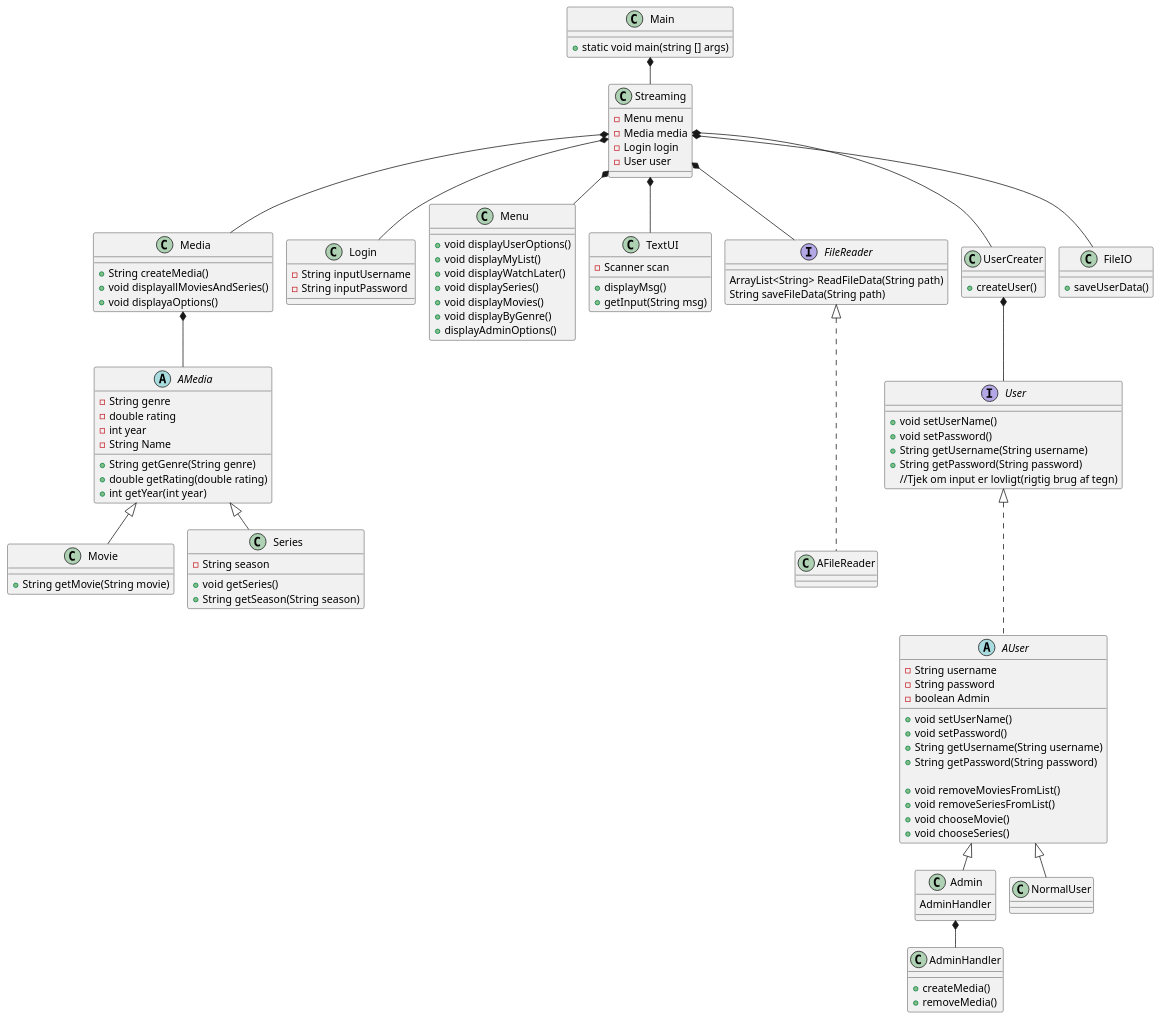
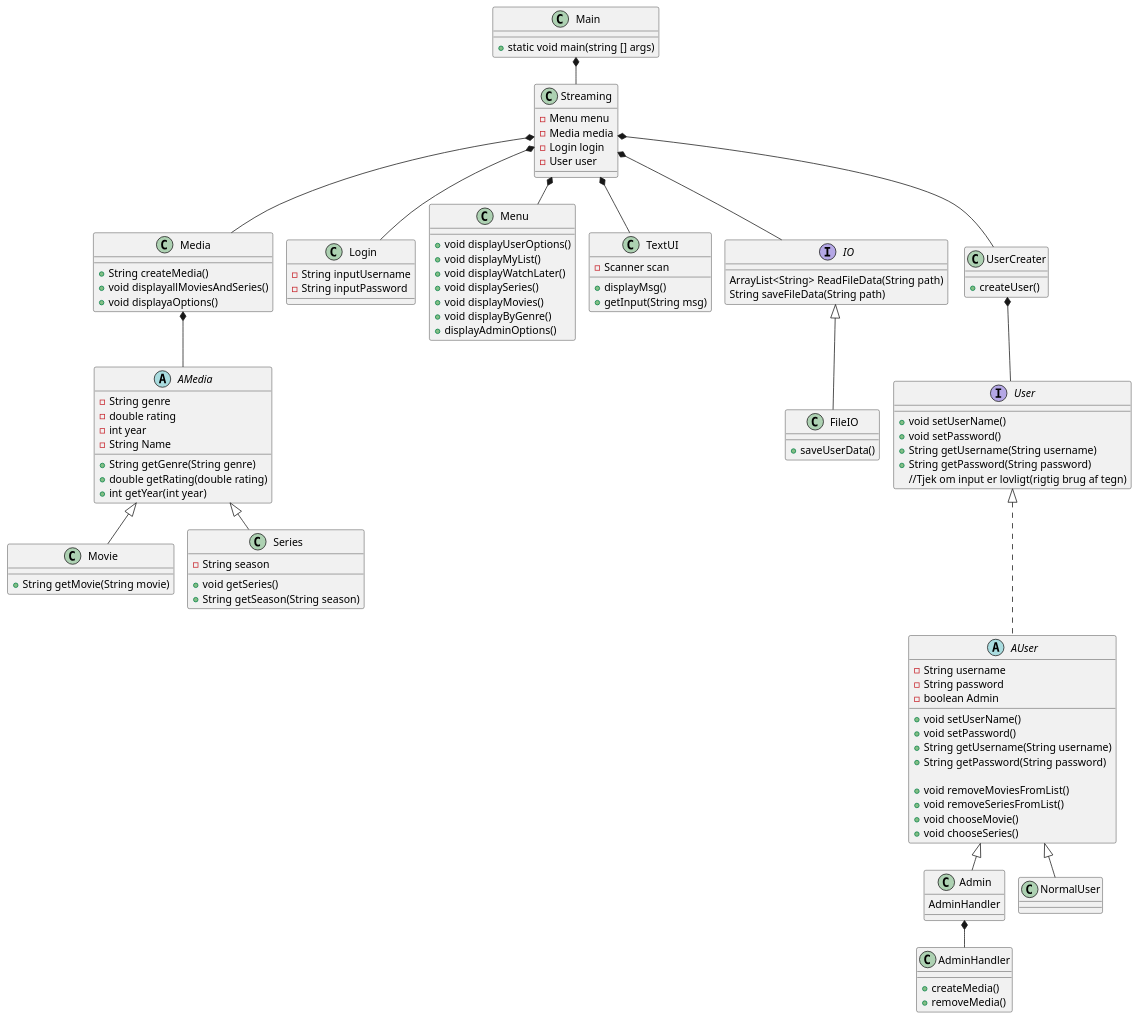
Before and after one commit to cphkev/SP3Streaming: the diagram in src/Diagrams/SP3_Streaming.puml, drawn with PlantUML. The commit also changed 8 other files, not shown here.

```diff
--- a/src/Diagrams/SP3_Streaming.puml
+++ b/src/Diagrams/SP3_Streaming.puml
@@ -1,155 +1,155 @@
 @startuml
 'https://plantuml.com/sequence-diagram
 !pragma layout smetana
 class Main
 class Media
 class Movie
 class Series
 interface User
 class Login
-class AFileReader
+
 class Menu
 class TextUI
 abstract AMedia
-interface FileReader
+interface IO
 class Streaming
 abstract AUser
 class Admin
 class NormalUser
 
 AUser <|-- Admin
 AUser <|--NormalUser
 User <|-.- AUser
 Media *-- AMedia
 Main *-- Streaming
 Streaming *-- Login
 Streaming *-- Menu
 Streaming *-- Media
 Streaming *-- UserCreater
 
 
 AMedia <|-- Movie
 AMedia <|-- Series
 
 
 Streaming *-- TextUI
-Streaming *-- FileReader
-FileReader <|-.- AFileReader
+Streaming *-- IO
+
 Main : + static void main(string [] args)
 
 class Streaming {
 - Menu menu
 -Media media
 -Login login
 -User user
 
 
 }
 
 
 
 
 Login : -String inputUsername
 Login : -String inputPassword
 
-FileReader : ArrayList<String> ReadFileData(String path)
-FileReader : String saveFileData(String path)
+IO : ArrayList<String> ReadFileData(String path)
+IO : String saveFileData(String path)
 
 
 
 User : + void setUserName()
 User : + void setPassword()
 
 User : + String getUsername(String username)
 User : + String getPassword(String password)
 
 User : //Tjek om input er lovligt(rigtig brug af tegn)
 
 UserCreater *-- User
 class UserCreater{
 +createUser()
 }
 
-Streaming *-- FileIO
+IO <|-- FileIO
 class FileIO{
 +saveUserData()
 }
 
 
 
 Menu : +void displayUserOptions()
 
 
 Menu : +void displayMyList()
 
 Menu : +void displayWatchLater()
 Menu : +void displaySeries()
 Menu : +void displayMovies()
 Menu : +void displayByGenre()
 Menu : +displayAdminOptions()
 
 TextUI : -Scanner scan
 TextUI : + displayMsg()
 TextUI : +getInput(String msg)
 
 Media : +String createMedia()
 Media : +void displayallMoviesAndSeries()
 Media : +void displayaOptions()
 
 
 AMedia : -String genre
 AMedia : -double rating
 AMedia : -int year
 AMedia : -String Name
 
 Movie : +String getMovie(String movie)
 
 AMedia : +String getGenre(String genre)
 AMedia : +double getRating(double rating)
 AMedia : +int getYear(int year)
 
 
 Series : -String season
 
 
 
 Series : +void getSeries()
 Series : +String getSeason(String season)
 
 
 abstract AUser{
 -String username
 -String password
 -boolean Admin
 
 + void setUserName()
 + void setPassword()
 + String getUsername(String username)
 + String getPassword(String password)
 
 +void removeMoviesFromList()
 +void removeSeriesFromList()
  +void chooseMovie()
  +void chooseSeries()
 
 
 }
 
 Admin : AdminHandler
 
 Admin *-- AdminHandler
 class AdminHandler{
 
 +createMedia()
 +removeMedia()
 
 
 }
 
 
 
 
 
 
 
 @enduml
```
